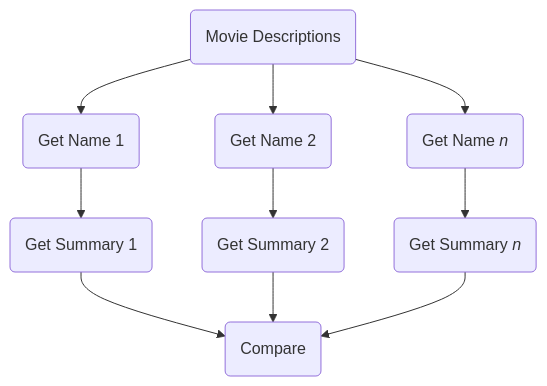
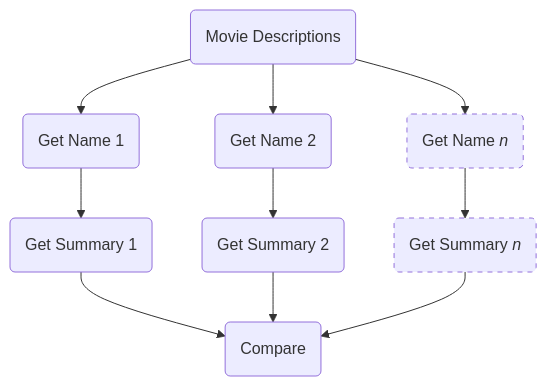
The third of 3 diagrams in docs/200/compare-movies-workflow/02_concepts.md (griptape-ai/griptape-trade-school), drawn with Mermaid before and after one commit. The commit also changed other lines of this file and 55 other files, not shown here.

````diff
--- a/docs/200/compare-movies-workflow/02_concepts.md
+++ b/docs/200/compare-movies-workflow/02_concepts.md
@@ -40,6 +43,10 @@
 ``` mermaid
 graph TB
     A(Movie Descriptions) --> B(Get Name 1) --> D(Get Summary 1) --> I(Compare)
     A --> E(Get Name 2) --> F(Get Summary 2) --> I
-    A --> G("Get Name <i>n</i>" ) --> H("Get Summary <i>n</i>") --> I
+    A --> G("Get Name <i>n</i>" ):::dash
+    G --> H("Get Summary <i>n</i>"):::dash 
+    H --> I
+    classDef dash stroke-dasharray: 5 5
+
 ```
````
